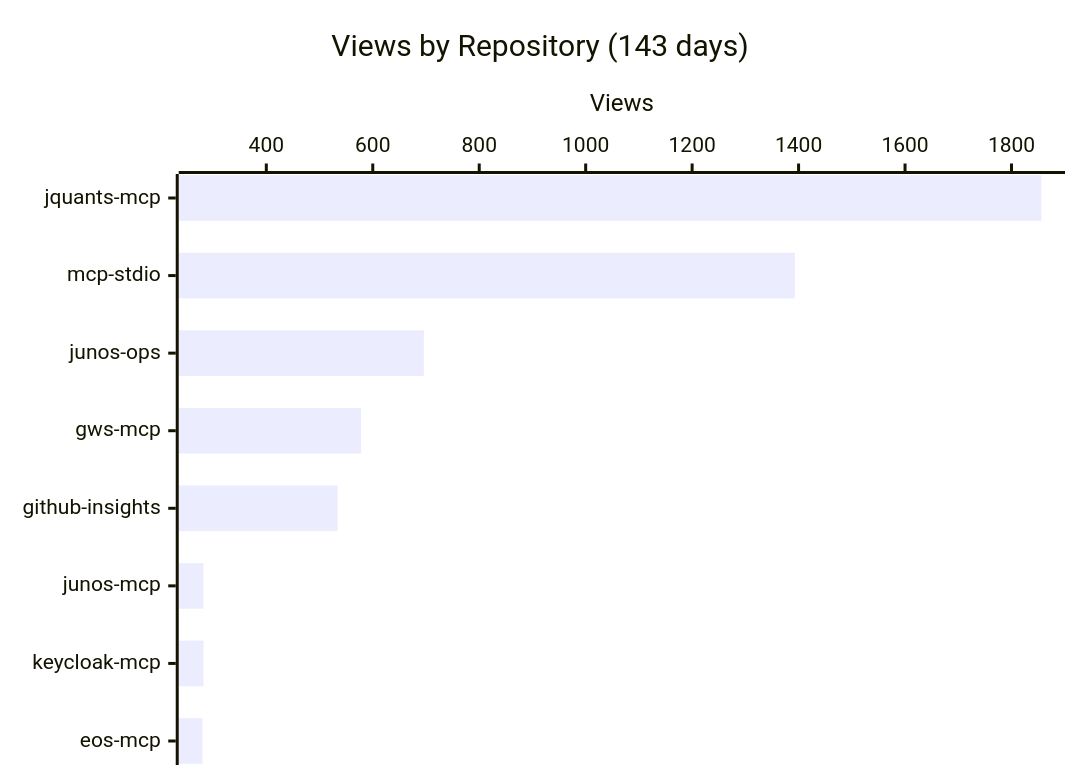
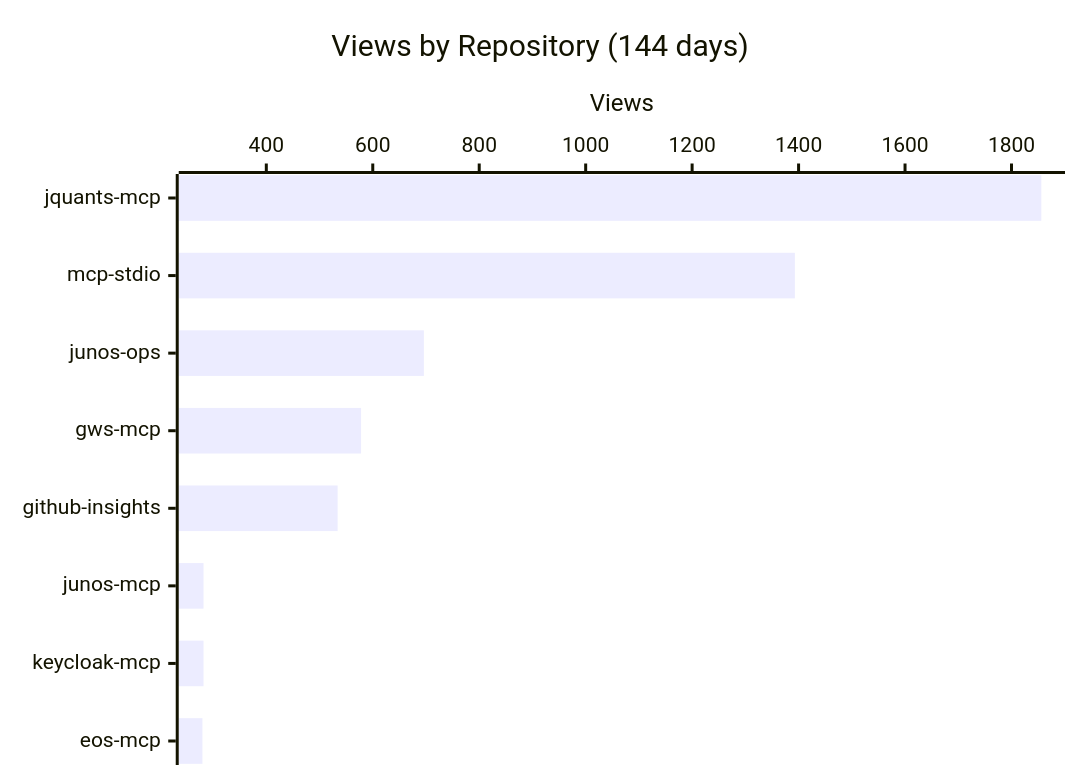
The first of 4 diagrams in README.md (shigechika/github-insights), drawn with Mermaid before and after one commit. The commit also changed other lines of this file and 2 other files, not shown here.

````diff
--- a/README.md
+++ b/README.md
@@ -18,7 +18,7 @@
 ```mermaid
 xychart-beta horizontal
-    title "Views by Repository (143 days)"
+    title "Views by Repository (144 days)"
     x-axis ["jquants-mcp", "mcp-stdio", "junos-ops", "gws-mcp", "github-insights", "junos-mcp", "keycloak-mcp", "eos-mcp"]
     y-axis "Views"
     bar [1856, 1393, 696, 578, 534, 282, 282, 280]
 ```
````
